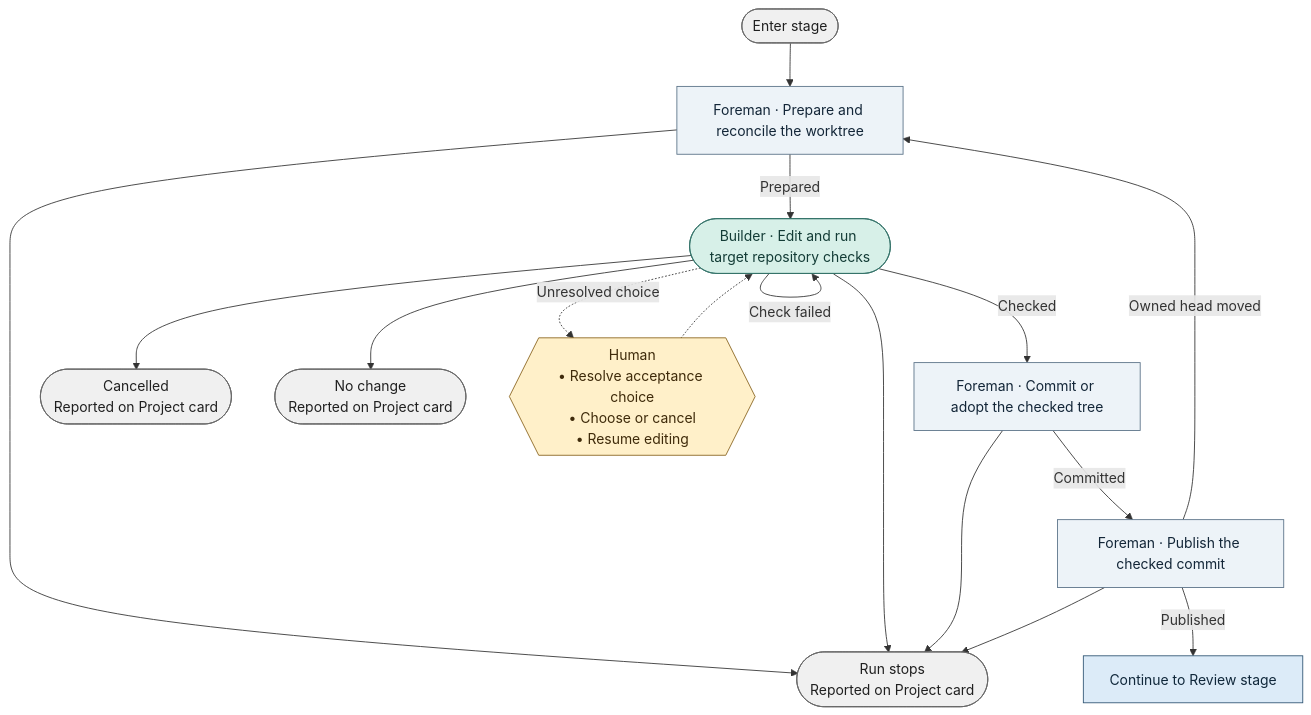
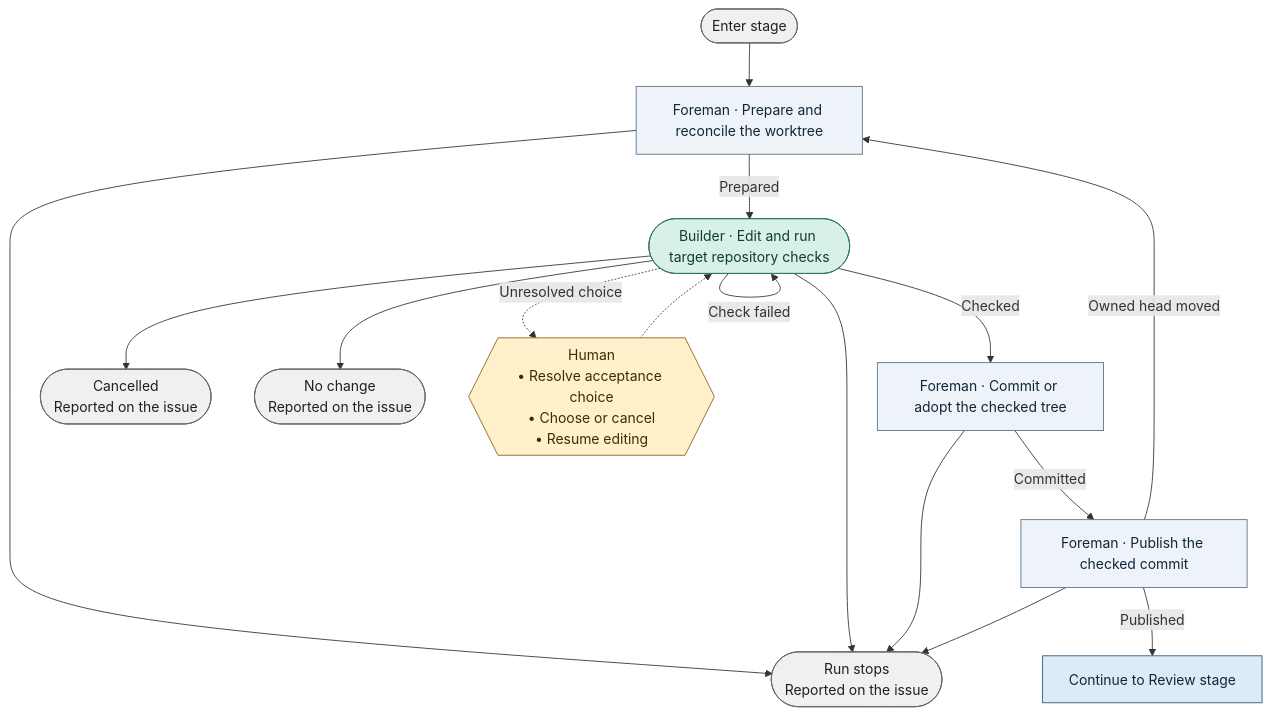
The diagram in docs/graph/blueprint/views/stages/implement.mmd (bookout-labs/tools), drawn with Mermaid before and after one commit. The commit also changed 30 other files, not shown here.

```diff
--- a/docs/graph/blueprint/views/stages/implement.mmd
+++ b/docs/graph/blueprint/views/stages/implement.mmd
@@ -1,31 +1,31 @@
 flowchart TD
     n0(["Enter stage"]):::terminal
     n1["Foreman · Prepare and reconcile the worktree"]:::step
     n2(["Builder · Edit and run target repository checks"]):::worker
     n3["Foreman · Commit or adopt the checked tree"]:::step
     n4["Foreman · Publish the checked commit"]:::step
-    n5(["Run stops<br/>Reported on Project card"]):::terminal
-    n6(["Cancelled<br/>Reported on Project card"]):::terminal
-    n7(["No change<br/>Reported on Project card"]):::terminal
+    n5(["Run stops<br/>Reported on the issue"]):::terminal
+    n6(["Cancelled<br/>Reported on the issue"]):::terminal
+    n7(["No change<br/>Reported on the issue"]):::terminal
     n8["Continue to Review stage"]:::stage
     n9{{"Human<br/>• Resolve acceptance choice<br/>• Choose or cancel<br/>• Resume editing"}}:::gate
     n0 --> n1
     n1 --> n5
     n1 -->|"Prepared"| n2
     n2 --> n6
     n2 --> n7
     n2 --> n5
     n2 -->|"Check failed"| n2
     n2 -->|"Checked"| n3
     n3 --> n5
     n3 -->|"Committed"| n4
     n4 --> n5
     n4 -->|"Owned head moved"| n1
     n4 -->|"Published"| n8
     n2 -.->|"Unresolved choice"| n9
     n9 -.-> n2
     classDef stage fill:#dcebf8,stroke:#315675,color:#10283b
     classDef step fill:#edf3f8,stroke:#597187,color:#132638
     classDef worker fill:#d7f0e8,stroke:#357369,color:#133c36
     classDef gate fill:#fff0c9,stroke:#89641f,color:#3f2b0b
     classDef terminal fill:#f0f0f0,stroke:#666666,color:#202020
```
